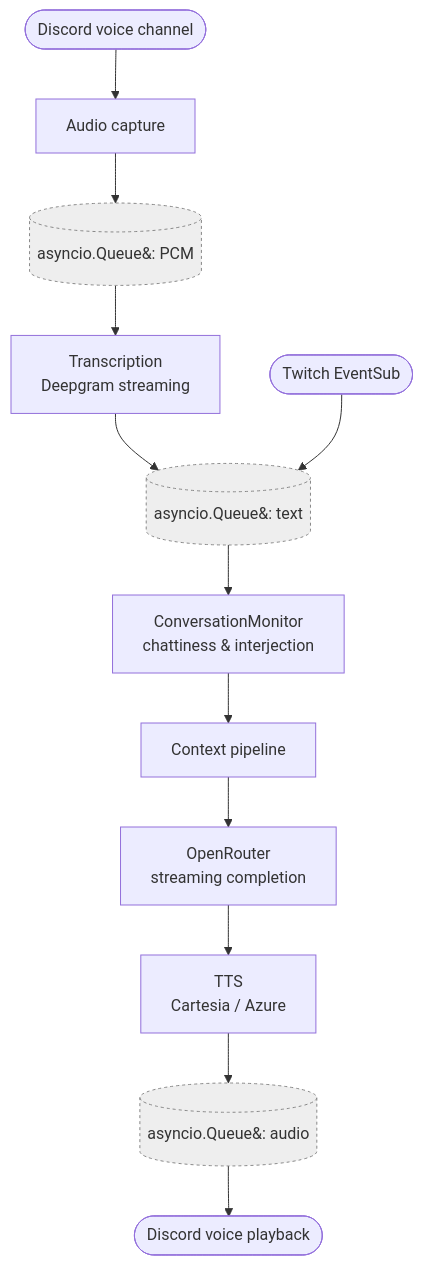
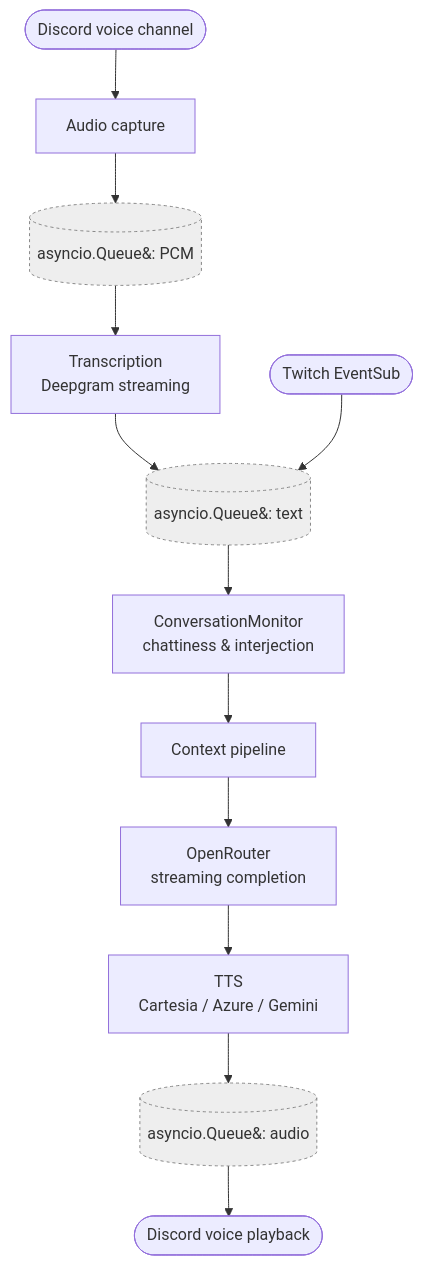
The first of 2 diagrams in docs/architecture/overview.md (CorVous/Familiar-Connect), drawn with Mermaid before and after one commit. The commit also changed other lines of this file and 10 other files, not shown here.

First line of the commit message:
feat(tts): add Gemini 3.1 Flash TTS provider

````diff
--- a/docs/architecture/overview.md
+++ b/docs/architecture/overview.md
@@ -34,17 +34,17 @@
 ```mermaid
 flowchart TB
     dv([Discord voice channel]) --> cap[Audio capture]
     cap --> aq[(asyncio.Queue&#58; PCM)]
     aq --> stt[Transcription<br/>Deepgram streaming]
     stt --> tq[(asyncio.Queue&#58; text)]
     tw([Twitch EventSub]) --> tq
     tq --> cm[ConversationMonitor<br/>chattiness &amp; interjection]
     cm --> cp[Context pipeline]
     cp --> or[OpenRouter<br/>streaming completion]
-    or --> tts[TTS<br/>Cartesia / Azure]
+    or --> tts[TTS<br/>Cartesia / Azure / Gemini]
     tts --> oq[(asyncio.Queue&#58; audio)]
     oq --> dvp([Discord voice playback])
 
     classDef queue fill:#eee,stroke:#888,stroke-dasharray:3 3;
     class aq,tq,oq queue;
 ```
````
